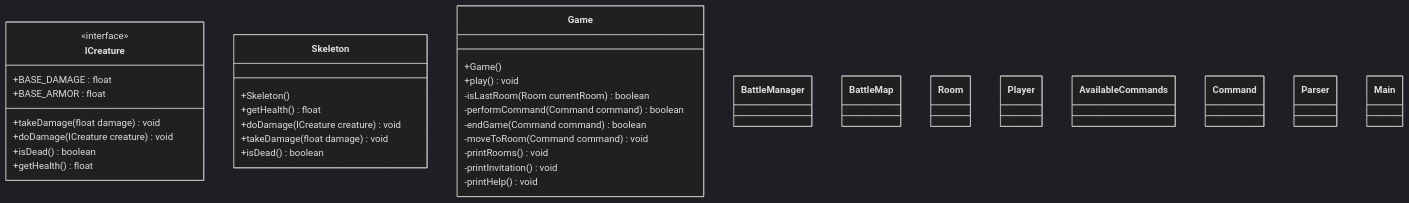
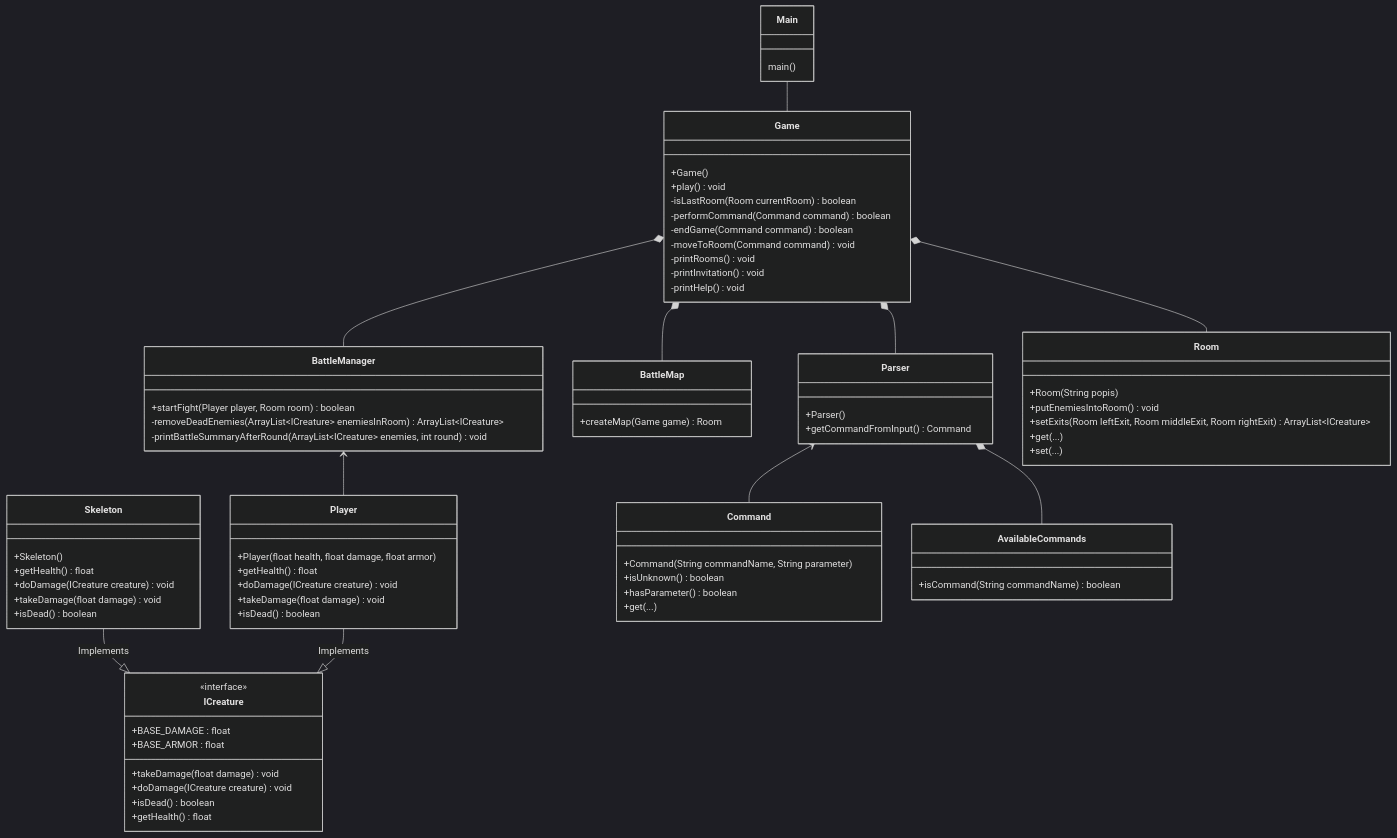
The diagram in README.md (AllexB1/WoF_BattleEdition), drawn with Mermaid (dark theme) before and after one commit. The commit also changed other lines of this file and 1 other file, not shown here.

Commit message:
Added UML and info to Read.me file

````diff
--- a/README.md
+++ b/README.md
@@ -5,54 +20,80 @@
 ```mermaid
 classDiagram
+direction TB
+    Skeleton --|> ICreature : Implements
+    Player --|> ICreature : Implements
+    Game *-- BattleManager
+    Game *-- BattleMap
+    BattleManager <-- Player
+    Game *-- Parser
+    Game *-- Room
+    Parser <-- Command
+    Parser *-- AvailableCommands
+
+    Main -- Game
       class ICreature{
         +BASE_DAMAGE : float
         +BASE_ARMOR : float
         <<interface>>
         +takeDamage(float damage) void
         +doDamage(ICreature creature) void
         +isDead() boolean
         +getHealth() float
       }
       class Skeleton{
         +Skeleton() 
         +getHealth() float
         +doDamage(ICreature creature) void
         +takeDamage(float damage) void
         +isDead() boolean
       }
       class Game {
         +Game()
         +play() void
         -isLastRoom(Room currentRoom) boolean
         -performCommand(Command command) boolean
         -endGame(Command command) boolean
         -moveToRoom(Command command) void
         -printRooms() void
         -printInvitation() void
         -printHelp() void
       }
       class BattleManager{
-
+        +startFight(Player player, Room room) boolean
+        -removeDeadEnemies(ArrayList~ICreature~ enemiesInRoom) ArrayList~ICreature~
+        -printBattleSummaryAfterRound(ArrayList~ICreature~ enemies, int round) void
       }
       class BattleMap{
-
+        +createMap(Game game) Room
       }
       class Room{
-
+        +Room(String popis) 
+        +putEnemiesIntoRoom() void
+        +setExits(Room leftExit, Room middleExit, Room rightExit) ArrayList~ICreature~
+        +get(...)
+        +set(...)
       }
       class Player{
-
+        +Player(float health, float damage, float armor)
+        +getHealth() float
+        +doDamage(ICreature creature) void
+        +takeDamage(float damage) void
+        +isDead() boolean
       }
       class AvailableCommands{
-
+        +isCommand(String commandName) boolean
       }
       class Command{
-
+        +Command(String commandName, String parameter)
+        +isUnknown() boolean
+        +hasParameter() boolean
+        +get(...)
       }
       class Parser{
-
+        +Parser()
+        +getCommandFromInput() Command
       }
       class Main{
-
+          main()
       }
 ```
````
